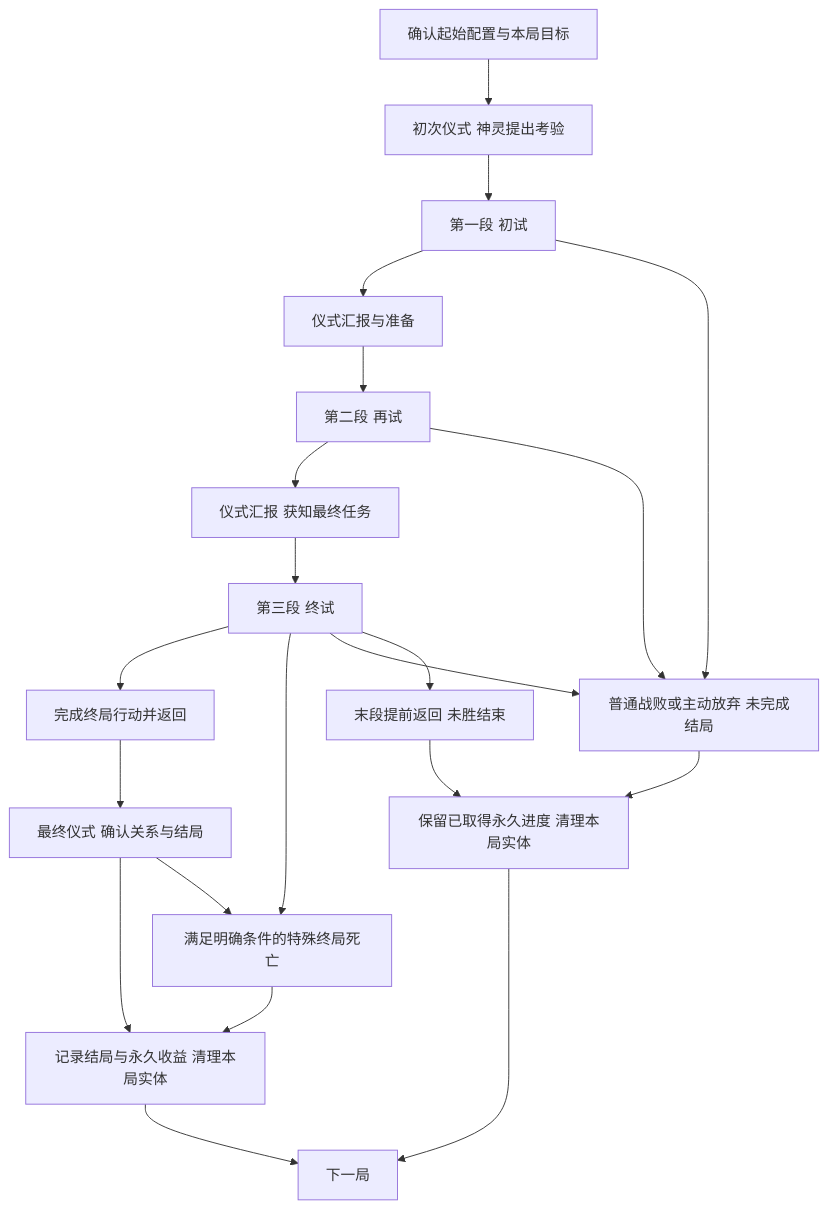
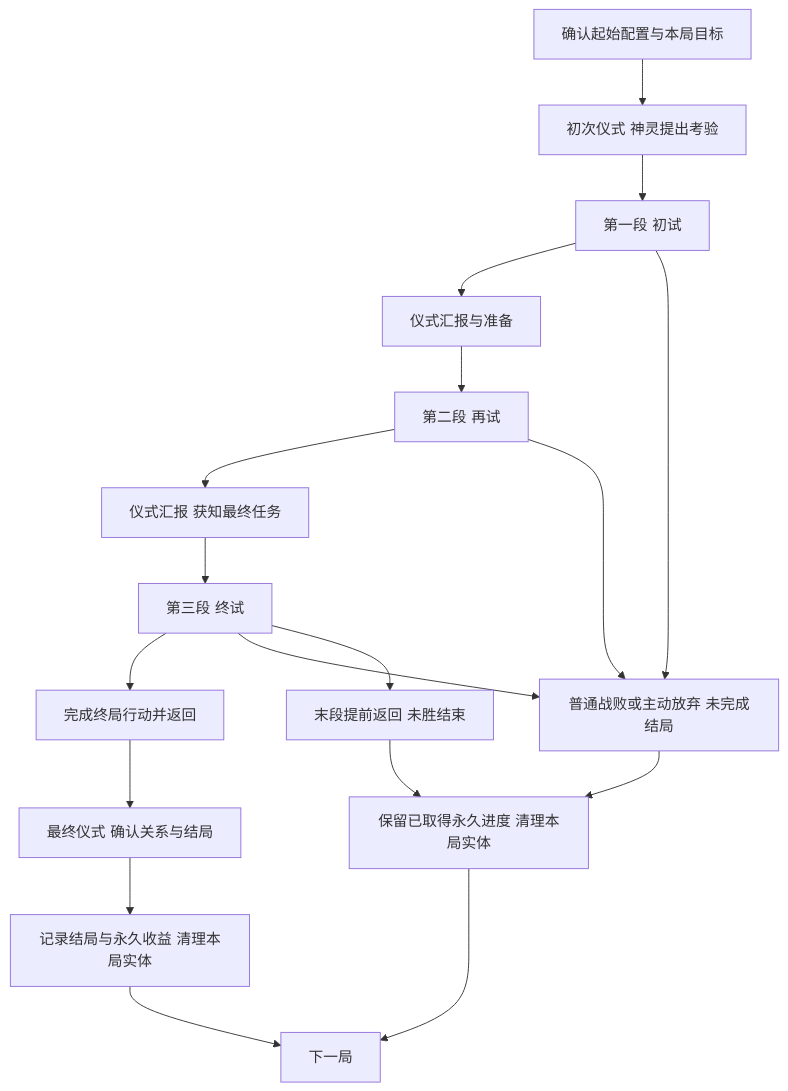
One commit to dsaj4/game_design changed the diagram in yanzhou/system-design/2026-11-08-ritual-roguelite-overview.md. Above: the diagram before and after it, drawn with Mermaid. The commit also changed other lines of this file and 1 other file, not shown here.

````diff
--- a/yanzhou/system-design/2026-11-08-ritual-roguelite-overview.md
+++ b/yanzhou/system-design/2026-11-08-ritual-roguelite-overview.md
@@ -51,23 +51,20 @@
 ```mermaid
 flowchart TD
     A[确认起始配置与本局目标] --> B[初次仪式 神灵提出考验]
     B --> C[第一段 初试]
     C --> D[仪式汇报与准备]
     D --> E[第二段 再试]
     E --> F[仪式汇报 获知最终任务]
     F --> G[第三段 终试]
     G --> H[完成终局行动并返回]
     H --> I[最终仪式 确认关系与结局]
     I --> J[记录结局与永久收益 清理本局实体]
-    G --> K[满足明确条件的特殊终局死亡]
-    I --> K
-    K --> J
     C --> L[普通战败或主动放弃 未完成结局]
     E --> L
     G --> L
     G --> M[末段提前返回 未胜结束]
     L --> N[保留已取得永久进度 清理本局实体]
     M --> N
     J --> O[下一局]
     N --> O
 ```
````
